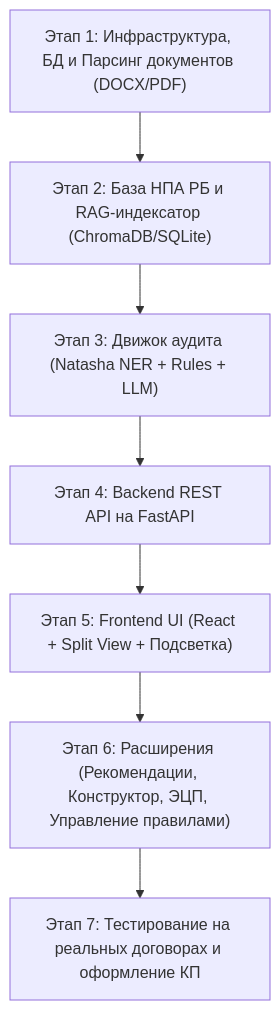
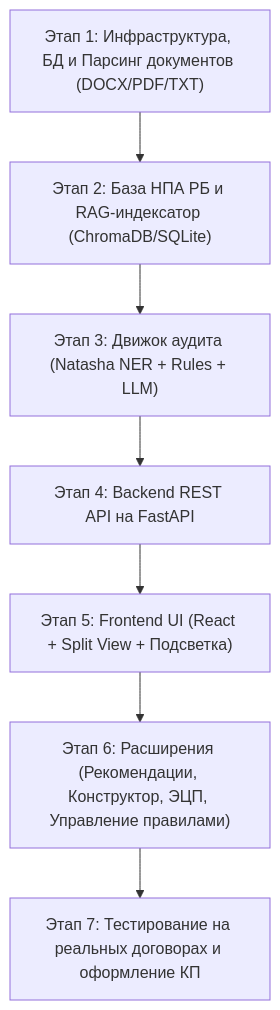
Before and after one commit to froonn/EDM-Auditor: the diagram in docs/TASK.md, drawn with Mermaid. The commit also changed other lines of this file and 4 other files, not shown here.

````diff
--- a/docs/TASK.md
+++ b/docs/TASK.md
@@ -277,9 +277,9 @@
 ```mermaid
 flowchart TD
-    M1["Этап 1: Инфраструктура, БД и Парсинг документов (DOCX/PDF)"] --> M2["Этап 2: База НПА РБ и RAG-индексатор (ChromaDB/SQLite)"]
+    M1["Этап 1: Инфраструктура, БД и Парсинг документов (DOCX/PDF/TXT)"] --> M2["Этап 2: База НПА РБ и RAG-индексатор (ChromaDB/SQLite)"]
     M2 --> M3["Этап 3: Движок аудита (Natasha NER + Rules + LLM)"]
     M3 --> M4["Этап 4: Backend REST API на FastAPI"]
     M4 --> M5["Этап 5: Frontend UI (React + Split View + Подсветка)"]
     M5 --> M6["Этап 6: Расширения (Рекомендации, Конструктор, ЭЦП, Управление правилами)"]
     M6 --> M7["Этап 7: Тестирование на реальных договорах и оформление КП"]
 ```
````
